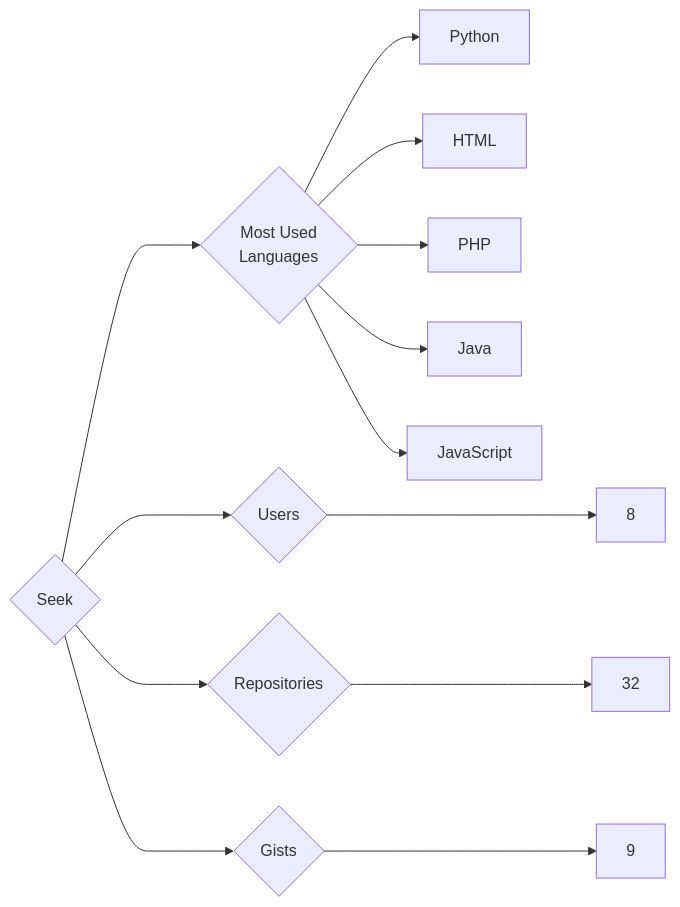
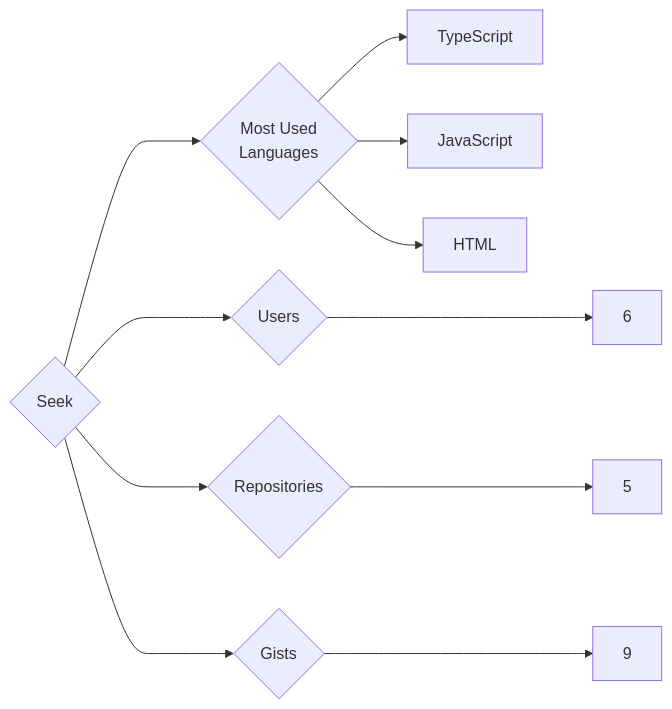
One commit to trickest/insiders changed the diagram in targets/Seek/README.md. Above: the diagram before and after it, drawn with Mermaid. The commit also changed 748 other files, not shown here.

````diff
--- a/targets/Seek/README.md
+++ b/targets/Seek/README.md
@@ -3,13 +3,11 @@
 ```mermaid
 graph LR
 COMPANY_NAME{Seek}
-COMPANY_NAME ---> U{Users} ---> UN[8]
-COMPANY_NAME ---> R{Repositories} ---> RN[32]
+COMPANY_NAME ---> U{Users} ---> UN[6]
+COMPANY_NAME ---> R{Repositories} ---> RN[5]
 COMPANY_NAME ---> G{Gists} ---> GN[9]
 COMPANY_NAME ---> ML{Most Used<br>Languages}
-ML --> Python[Python]
+ML --> TypeScript[TypeScript]
+ML --> JavaScript[JavaScript]
 ML --> HTML[HTML]
-ML --> PHP[PHP]
-ML --> Java[Java]
-ML --> JavaScript[JavaScript]
 ```
````
